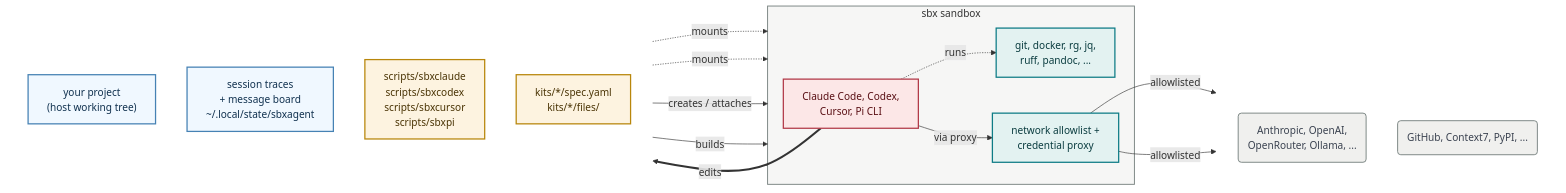
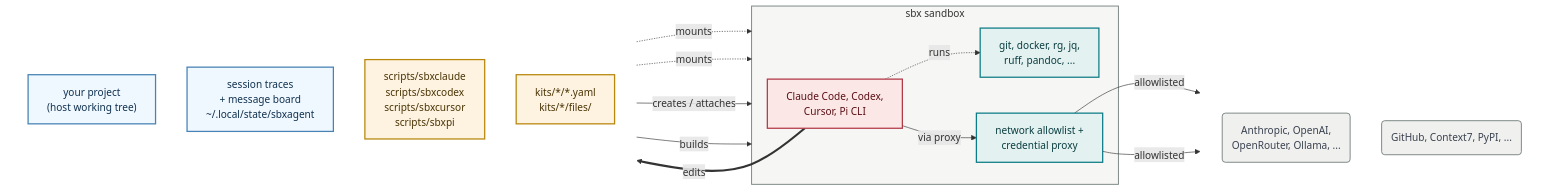
One commit to lars20070/sbxagent changed the diagram in README.md. Above: the diagram before and after it, drawn with Mermaid. The commit also changed other lines of this file and 57 other files, not shown here.

````diff
--- a/README.md
+++ b/README.md
@@ -14,49 +14,49 @@
 ```mermaid
 ---
 config:
   layout: dagre
 ---
 flowchart LR
   subgraph IN[" "]
     direction TB
     PROJ["your project<br/>(host working tree)"]
     STATE["session traces<br/>+ message board<br/>~/.local/state/sbxagent"]
     DRV["scripts/sbxclaude<br/>scripts/sbxcodex<br/>scripts/sbxcursor<br/>scripts/sbxpi"]
-    KIT["kits/*/spec.yaml<br/>kits/*/files/"]
+    KIT["kits/*/*.yaml<br/>kits/*/files/"]
   end
 
   subgraph VM["sbx sandbox"]
     AGENT["Claude Code, Codex,<br/>Cursor, Pi CLI"]
     TOOLS["git, docker, rg, jq,<br/>ruff, pandoc, ..."]
     PROXY["network allowlist +<br/>credential proxy"]
   end
 
   subgraph NET[" "]
     direction TB
     LLM("Anthropic, OpenAI, <br/>OpenRouter, Ollama, ...")
     GH("GitHub, Context7, PyPI, ...")
   end
 
   PROJ -.->|"mounts"| VM
   STATE -.->|"mounts"| VM
   DRV -->|"creates / attaches"| VM
   KIT -->|"builds"| VM
   AGENT -.->|"runs"| TOOLS
   AGENT -->|"via proxy"| PROXY
   PROXY -->|"allowlisted"| LLM & GH
   AGENT ==>|"edits"| PROJ
 
   classDef data    fill:aliceblue,stroke:steelblue,stroke-width:2px,color:#10314F
   classDef host    fill:#FDF3E0,stroke:#B8860B,stroke-width:2px,color:#4A3405
   classDef helper  fill:#E3F2F1,stroke:#0E7C86,stroke-width:2px,color:#0B3D40
   classDef agent   fill:#FCE7E7,stroke:#B23A48,stroke-width:2px,color:#5A1015
   classDef ext     fill:#F0F0EE,stroke:#7A8482,stroke-width:1.5px,color:#3A4250
   class PROJ,STATE data
   class KIT,DRV host
   class TOOLS,PROXY helper
   class AGENT agent
   class GH,LLM ext
   style VM fill:#F6F6F5,stroke:#7A8482,stroke-width:1.5px
   style IN fill:none,stroke:none
   style NET fill:none,stroke:none
 ```
````
